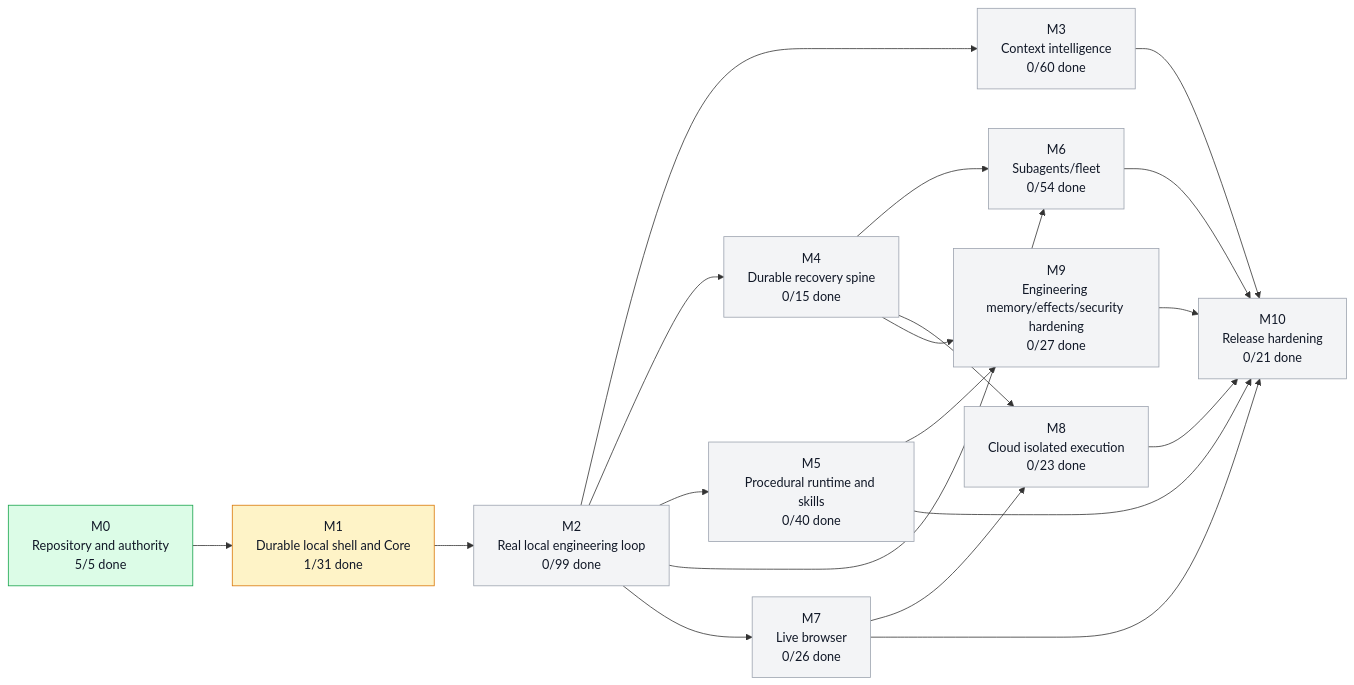
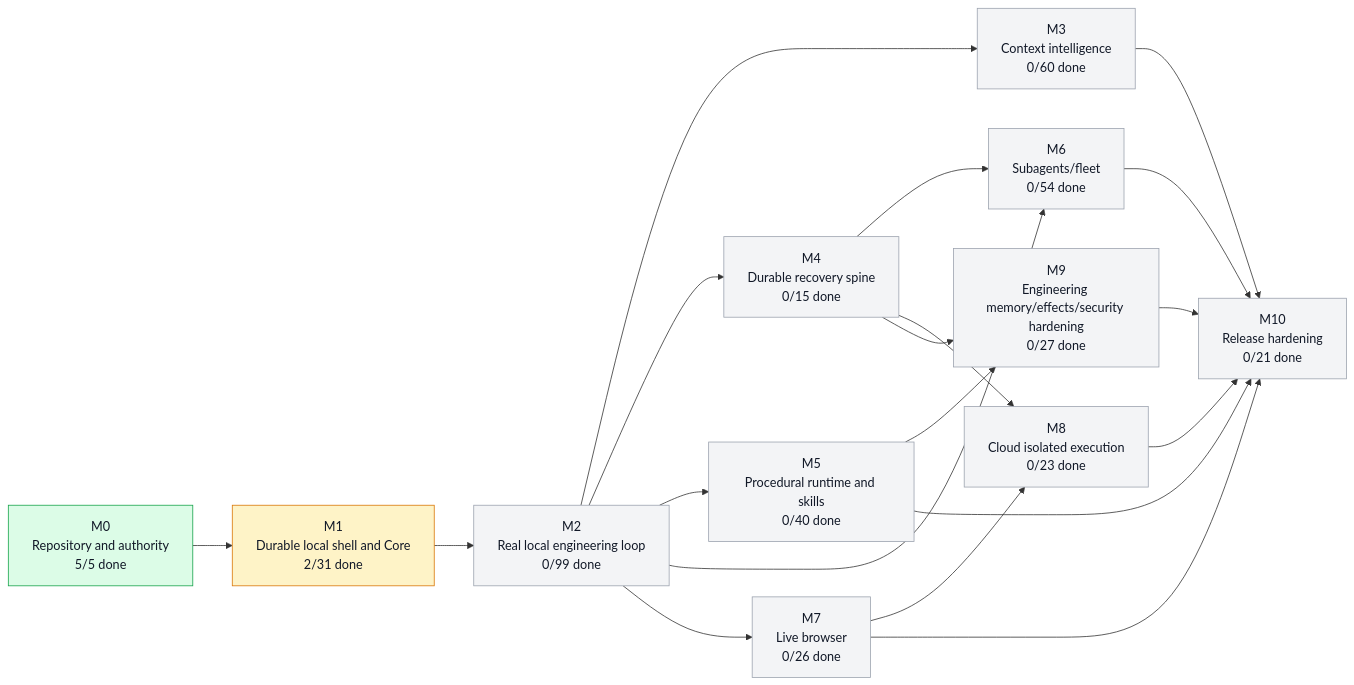
The first of 5 diagrams in graph/PROJECT_GRAPH.md (moss101/modbit), drawn with Mermaid before and after one commit. The commit also changed other lines of this file and 4 other files, not shown here.

````diff
--- a/graph/PROJECT_GRAPH.md
+++ b/graph/PROJECT_GRAPH.md
@@ -57,43 +57,43 @@
 ```mermaid
 flowchart LR
   M0["M0<br/>Repository and authority<br/>5/5 done"]
-  M1["M1<br/>Durable local shell and Core<br/>1/31 done"]
+  M1["M1<br/>Durable local shell and Core<br/>2/31 done"]
   M2["M2<br/>Real local engineering loop<br/>0/99 done"]
   M3["M3<br/>Context intelligence<br/>0/60 done"]
   M4["M4<br/>Durable recovery spine<br/>0/15 done"]
   M5["M5<br/>Procedural runtime and skills<br/>0/40 done"]
   M6["M6<br/>Subagents/fleet<br/>0/54 done"]
   M7["M7<br/>Live browser<br/>0/26 done"]
   M8["M8<br/>Cloud isolated execution<br/>0/23 done"]
   M9["M9<br/>Engineering memory/effects/security hardening<br/>0/27 done"]
   M10["M10<br/>Release hardening<br/>0/21 done"]
   M0 --> M1
   M1 --> M2
   M2 --> M3
   M2 --> M4
   M2 --> M5
   M2 --> M6
   M4 --> M6
   M2 --> M7
   M4 --> M8
   M7 --> M8
   M4 --> M9
   M5 --> M9
   M3 --> M10
   M5 --> M10
   M6 --> M10
   M7 --> M10
   M8 --> M10
   M9 --> M10
   style M0 fill:#dcfce7,stroke:#16a34a,color:#111827
   style M1 fill:#fef3c7,stroke:#d97706,color:#111827
   style M2 fill:#f3f4f6,stroke:#9ca3af,color:#111827
   style M3 fill:#f3f4f6,stroke:#9ca3af,color:#111827
   style M4 fill:#f3f4f6,stroke:#9ca3af,color:#111827
   style M5 fill:#f3f4f6,stroke:#9ca3af,color:#111827
   style M6 fill:#f3f4f6,stroke:#9ca3af,color:#111827
   style M7 fill:#f3f4f6,stroke:#9ca3af,color:#111827
   style M8 fill:#f3f4f6,stroke:#9ca3af,color:#111827
   style M9 fill:#f3f4f6,stroke:#9ca3af,color:#111827
   style M10 fill:#f3f4f6,stroke:#9ca3af,color:#111827
 ```
````
